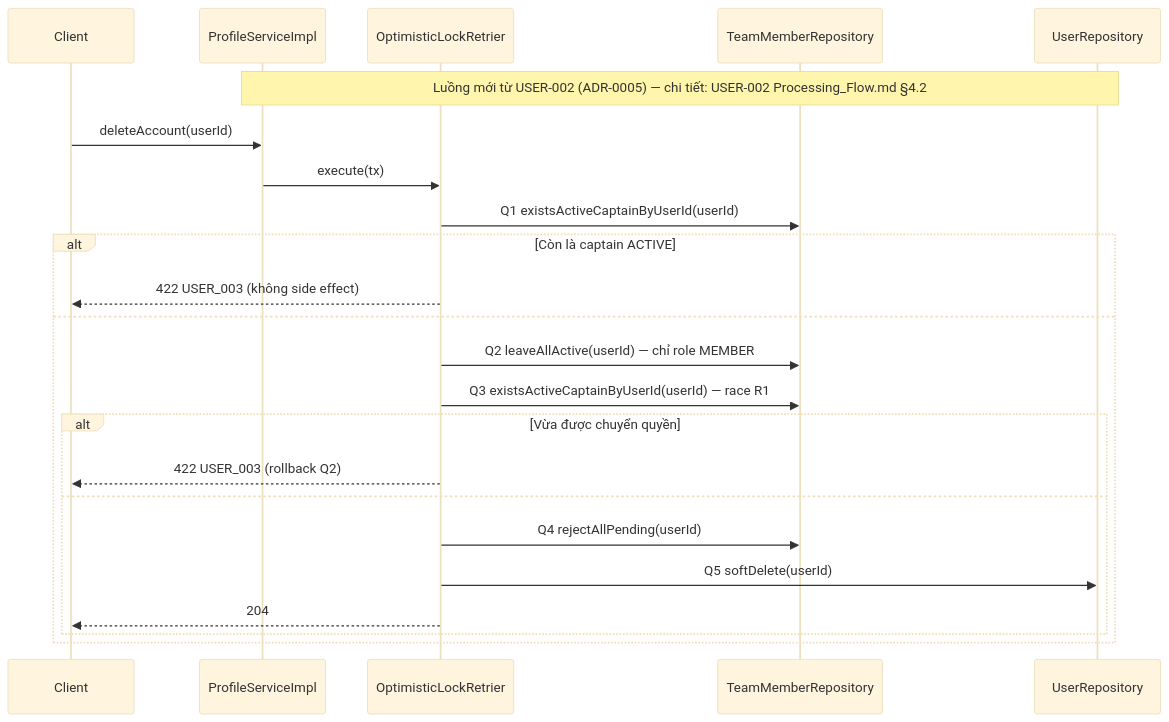
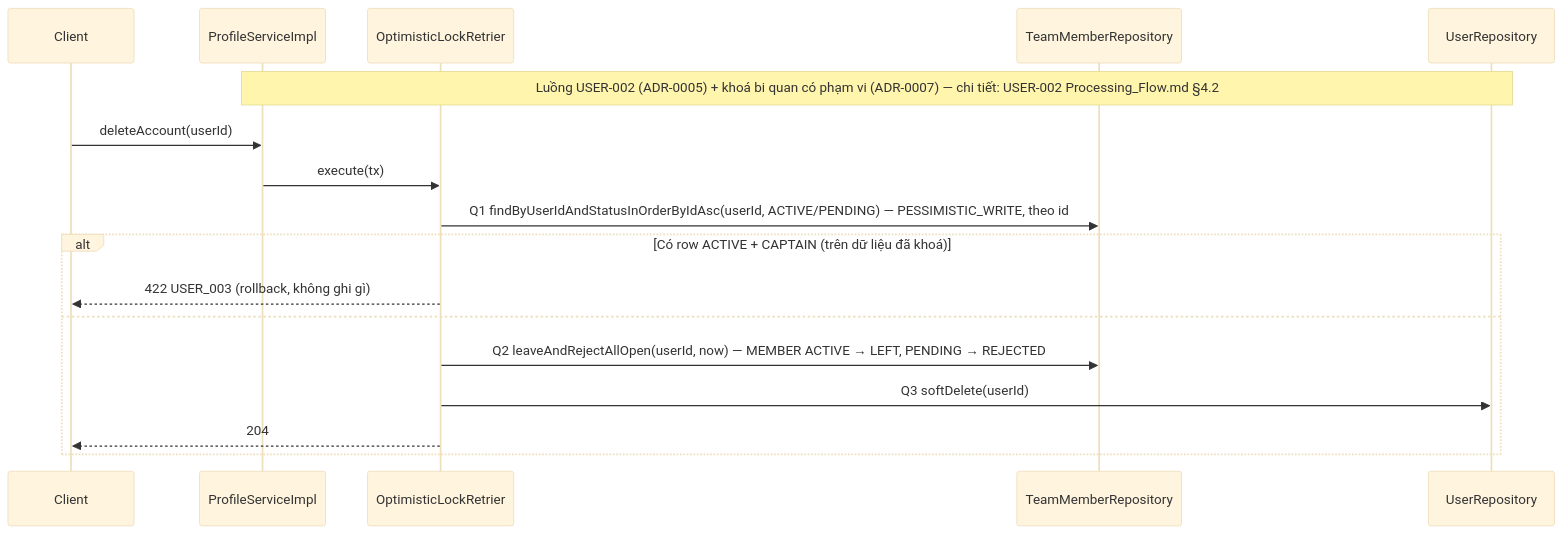
One commit to phananh2005/ArenaFlow-be changed the second of 3 diagrams in docs/agent/design/USER-001/Processing_Flow.md. Above: the diagram before and after it, drawn with Mermaid (base theme). The commit also changed other lines of this file and 9 other files, not shown here.

First line of the commit message:
docs(USER-002): ADR-0007 scoped pessimistic lock, design USER-002 v1.2 / USER-001 v2.1

````diff
--- a/docs/agent/design/USER-001/Processing_Flow.md
+++ b/docs/agent/design/USER-001/Processing_Flow.md
@@ -69,26 +69,20 @@
 ```mermaid
 sequenceDiagram
     participant C as Client
     participant PS as ProfileServiceImpl
     participant RT as OptimisticLockRetrier
     participant TMR as TeamMemberRepository
     participant UR as UserRepository
 
-    Note over PS,UR: Luồng mới từ USER-002 (ADR-0005) — chi tiết: USER-002 Processing_Flow.md §4.2
+    Note over PS,UR: Luồng USER-002 (ADR-0005) + khoá bi quan có phạm vi (ADR-0007) — chi tiết: USER-002 Processing_Flow.md §4.2
     C->>PS: deleteAccount(userId)
     PS->>RT: execute(tx)
-    RT->>TMR: Q1 existsActiveCaptainByUserId(userId)
-    alt Còn là captain ACTIVE
-        RT-->>C: 422 USER_003 (không side effect)
+    RT->>TMR: Q1 findByUserIdAndStatusInOrderByIdAsc(userId, ACTIVE/PENDING) — PESSIMISTIC_WRITE, theo id
+    alt Có row ACTIVE + CAPTAIN (trên dữ liệu đã khoá)
+        RT-->>C: 422 USER_003 (rollback, không ghi gì)
     else
-        RT->>TMR: Q2 leaveAllActive(userId) — chỉ role MEMBER
-        RT->>TMR: Q3 existsActiveCaptainByUserId(userId) — race R1
-        alt Vừa được chuyển quyền
-            RT-->>C: 422 USER_003 (rollback Q2)
-        else
-            RT->>TMR: Q4 rejectAllPending(userId)
-            RT->>UR: Q5 softDelete(userId)
-            RT-->>C: 204
-        end
+        RT->>TMR: Q2 leaveAndRejectAllOpen(userId, now) — MEMBER ACTIVE → LEFT, PENDING → REJECTED
+        RT->>UR: Q3 softDelete(userId)
+        RT-->>C: 204
     end
 ```
````
